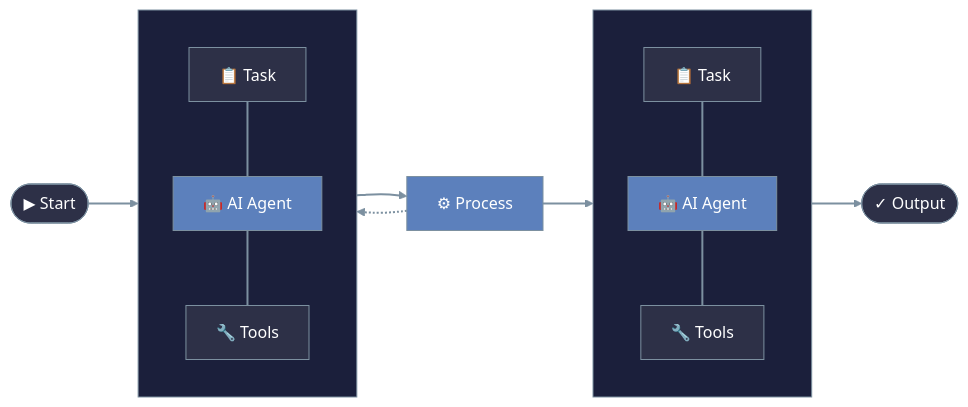
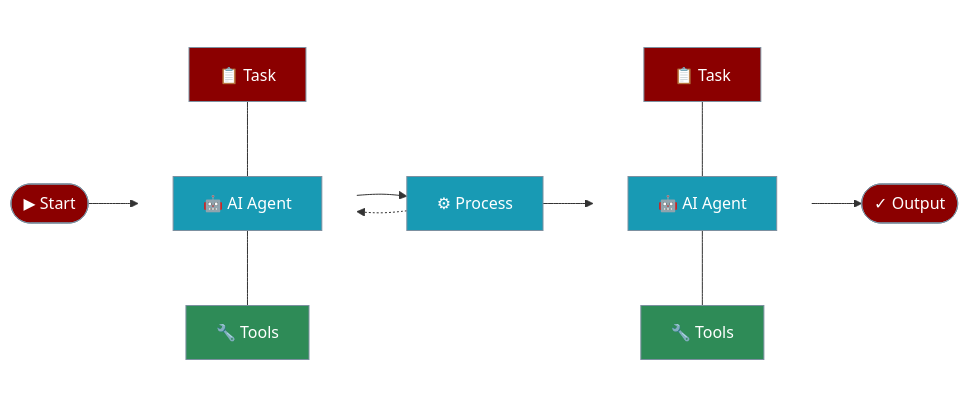
One commit to PraisonLabs/Praison changed the diagram in docs/concepts/agents.mdx. Above: the diagram before and after it, drawn with Mermaid. The commit also changed other lines of this file and 12 other files, not shown here.

````diff
--- a/docs/concepts/agents.mdx
+++ b/docs/concepts/agents.mdx
@@ -13,49 +10,38 @@
 ```mermaid
 graph LR
     %% Define the main flow
     Start([▶ Start]) --> Agent1
     Agent1 --> Process[⚙ Process]
     Process --> Agent2
     Agent2 --> Output([✓ Output])
     Process -.-> Agent1
     
-    %% Styling for main elements
-    style Start fill:#2D3047,stroke:#7C90A0,color:#fff
-    style Output fill:#2D3047,stroke:#7C90A0,color:#fff
-    style Process fill:#5C80BC,stroke:#7C90A0,color:#fff
-    
     %% Define subgraphs for agents and their tasks
-    subgraph Agent1[" "]
+    subgraph Agent1[ ]
         Task1[📋 Task]
         AgentIcon1[🤖 AI Agent]
         Tools1[🔧 Tools]
         
         Task1 --- AgentIcon1
         AgentIcon1 --- Tools1
-        
-        style Task1 fill:#2D3047,stroke:#7C90A0,color:#fff
-        style AgentIcon1 fill:#5C80BC,stroke:#7C90A0,color:#fff
-        style Tools1 fill:#2D3047,stroke:#7C90A0,color:#fff
     end
     
-    subgraph Agent2[" "]
+    subgraph Agent2[ ]
         Task2[📋 Task]
         AgentIcon2[🤖 AI Agent]
         Tools2[🔧 Tools]
         
         Task2 --- AgentIcon2
         AgentIcon2 --- Tools2
-        
-        style Task2 fill:#2D3047,stroke:#7C90A0,color:#fff
-        style AgentIcon2 fill:#5C80BC,stroke:#7C90A0,color:#fff
-        style Tools2 fill:#2D3047,stroke:#7C90A0,color:#fff
     end
-    
-    %% Style for agent containers
-    style Agent1 fill:#1B1F3B,stroke:#7C90A0,color:#fff
-    style Agent2 fill:#1B1F3B,stroke:#7C90A0,color:#fff
-    
-    %% Global styles
-    classDef default fill:#2D3047,stroke:#7C90A0,color:#fff
-    linkStyle default stroke:#7C90A0,stroke-width:2px
+
+    classDef input fill:#8B0000,stroke:#7C90A0,color:#fff
+    classDef process fill:#189AB4,stroke:#7C90A0,color:#fff
+    classDef tools fill:#2E8B57,stroke:#7C90A0,color:#fff
+    classDef transparent fill:none,stroke:none
+
+    class Start,Output,Task1,Task2 input
+    class Process,AgentIcon1,AgentIcon2 process
+    class Tools1,Tools2 tools
+    class Agent1,Agent2 transparent
 ```
````
